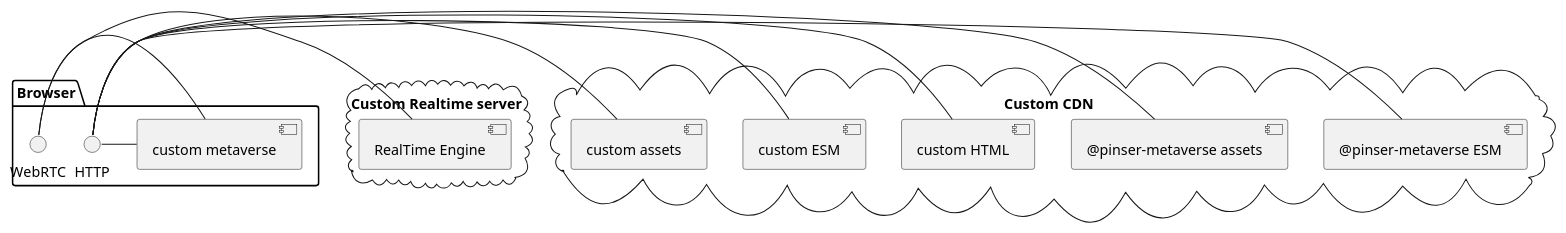
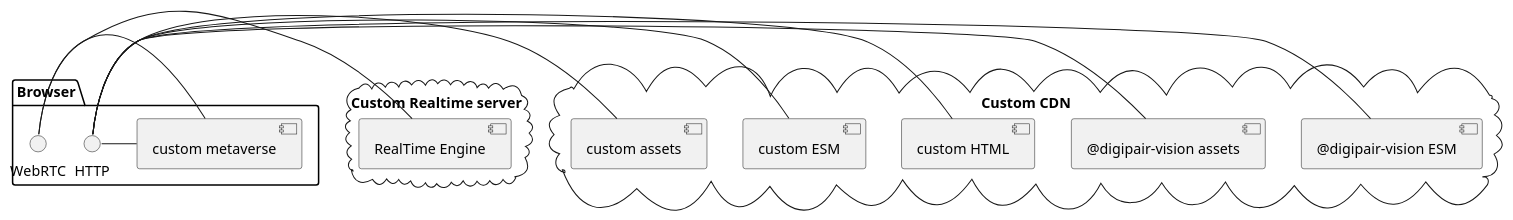
The second of 2 diagrams in docs/how-it-works.md (digipair/digipair-vision), drawn with PlantUML before and after one commit. The commit also changed other lines of this file and 140 other files, not shown here.

First line of the commit message:
feat: pinser-metaverse -> digipair-vision (#29)

````diff
--- a/docs/how-it-works.md
+++ b/docs/how-it-works.md
@@ -53,20 +53,20 @@
 ```plantuml
 @startuml
 package "Browser" {
   HTTP - [custom metaverse]
   WebRTC - [custom metaverse]
 }
 
 cloud "Custom Realtime server" {
   [RealTime Engine] - WebRTC
 }
 
 cloud "Custom CDN" {
-  [@pinser-metaverse ESM] - HTTP
-  [@pinser-metaverse assets] - HTTP
+  [@digipair-vision ESM] - HTTP
+  [@digipair-vision assets] - HTTP
   [custom HTML] - HTTP
   [custom ESM] - HTTP
   [custom assets] - HTTP
 }
 @enduml
 ```
````
